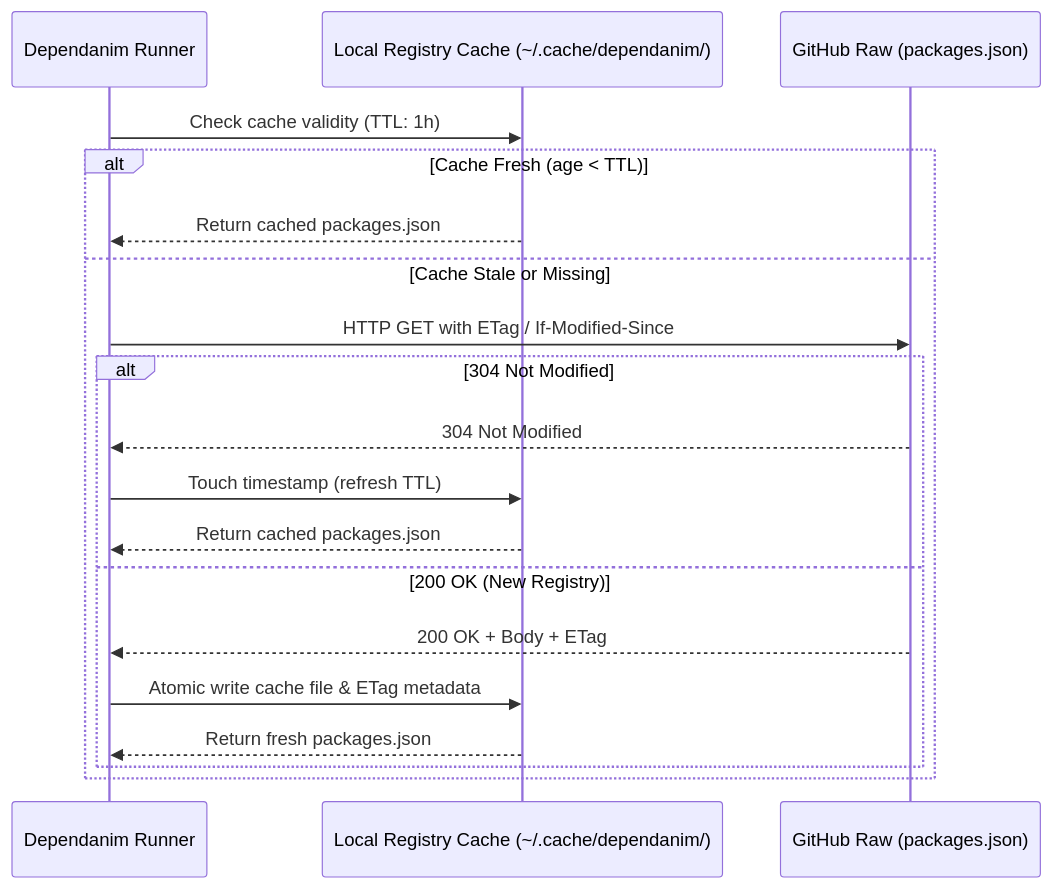
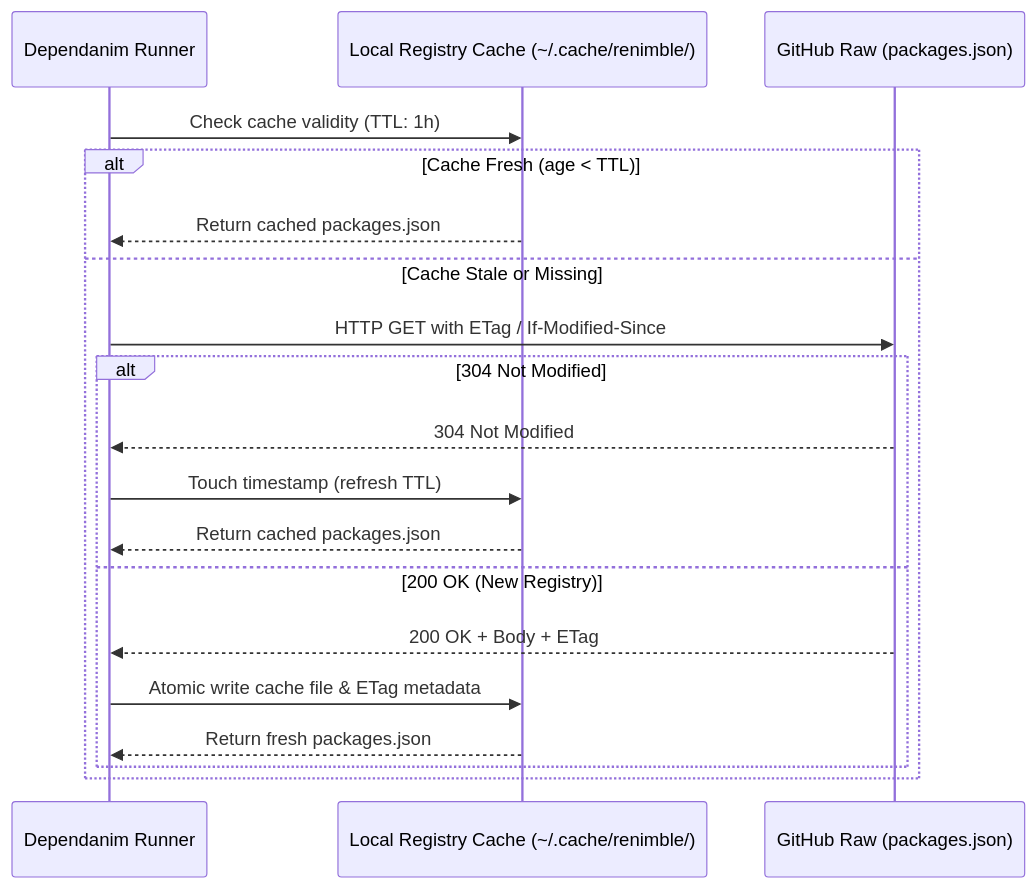
One commit to elijahr/renimble changed the third of 5 diagrams in docs/RFD.md. Above: the diagram before and after it, drawn with Mermaid. The commit also changed other lines of this file and 30 other files, not shown here.

Commit message:
refactor: rename project from dependanim to renimble across packages, modules, tests, and CI

````diff
--- a/docs/RFD.md
+++ b/docs/RFD.md
@@ -202,22 +202,22 @@
 ```mermaid
 sequenceDiagram
     participant Runner as Dependanim Runner
-    participant Cache as Local Registry Cache (~/.cache/dependanim/)
+    participant Cache as Local Registry Cache (~/.cache/renimble/)
     participant RegServer as GitHub Raw (packages.json)
     
     Runner->>Cache: Check cache validity (TTL: 1h)
     alt Cache Fresh (age < TTL)
         Cache-->>Runner: Return cached packages.json
     else Cache Stale or Missing
         Runner->>RegServer: HTTP GET with ETag / If-Modified-Since
         alt 304 Not Modified
             RegServer-->>Runner: 304 Not Modified
             Runner->>Cache: Touch timestamp (refresh TTL)
             Cache-->>Runner: Return cached packages.json
         else 200 OK (New Registry)
             RegServer-->>Runner: 200 OK + Body + ETag
             Runner->>Cache: Atomic write cache file & ETag metadata
             Cache-->>Runner: Return fresh packages.json
         end
     end
 ```
````
